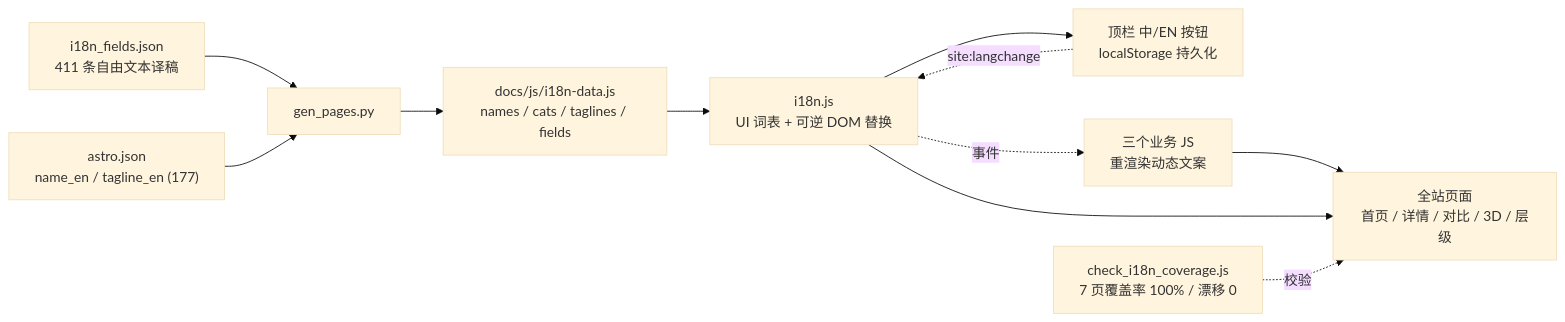
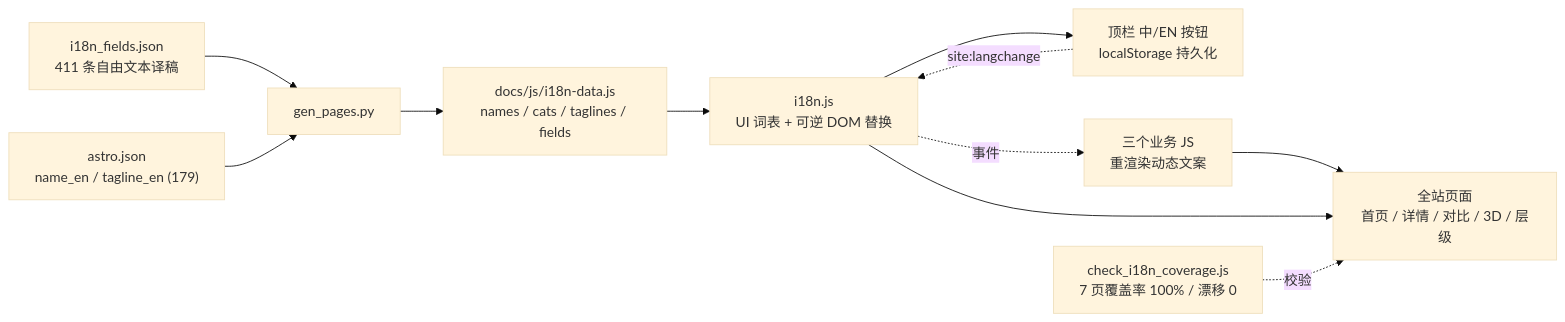
The third of 3 diagrams in README.md (yufengwolf/astro-blog), drawn with Mermaid (base theme) before and after one commit. The commit also changed other lines of this file and 196 other files, not shown here.

````diff
--- a/README.md
+++ b/README.md
@@ -273,13 +274,13 @@
 ```mermaid
 flowchart LR
     FE["i18n_fields.json<br/>411 条自由文本译稿"] --> GP
-    AS["astro.json<br/>name_en / tagline_en (177)"] --> GP["gen_pages.py"]
+    AS["astro.json<br/>name_en / tagline_en (179)"] --> GP["gen_pages.py"]
     GP --> ID["docs/js/i18n-data.js<br/>names / cats / taglines / fields"]
     ID --> RT["i18n.js<br/>UI 词表 + 可逆 DOM 替换"]
     RT --> HDR["顶栏 中/EN 按钮<br/>localStorage 持久化"]
     HDR -. site:langchange .-> RT
     RT -. 事件 .-> BIZ["三个业务 JS<br/>重渲染动态文案"]
     BIZ --> PG["全站页面<br/>首页 / 详情 / 对比 / 3D / 层级"]
     RT --> PG
     CV["check_i18n_coverage.js<br/>7 页覆盖率 100% / 漂移 0"] -.校验.-> PG
 ```
````
